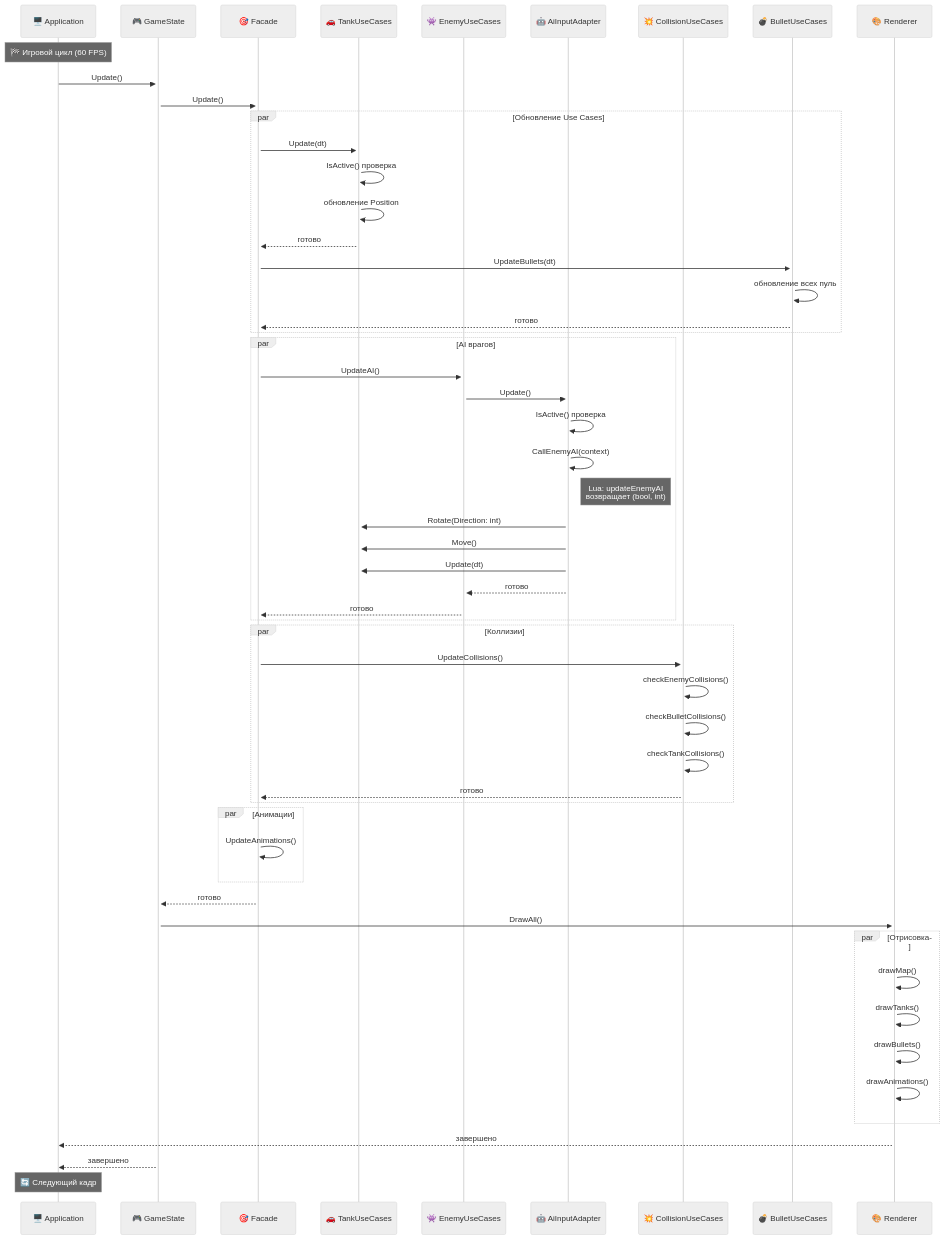
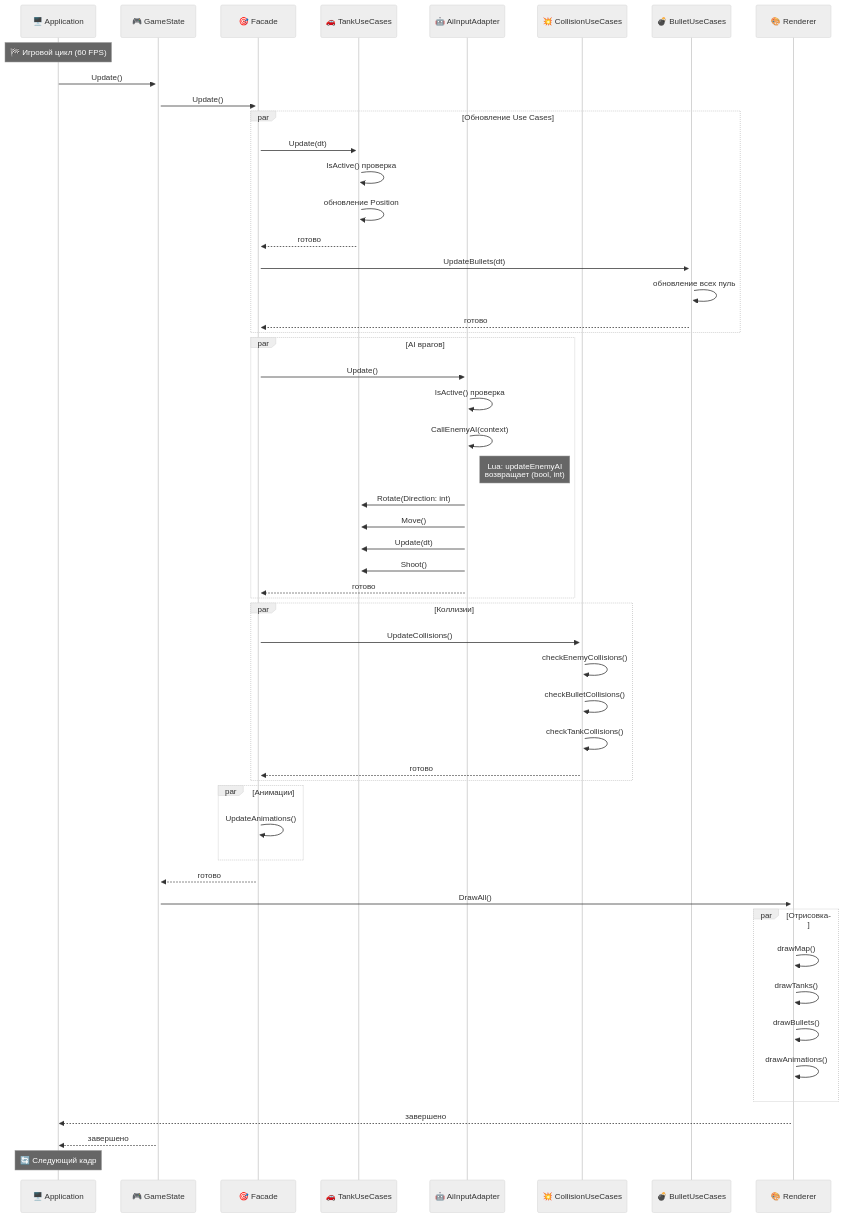
The third of 3 diagrams in README.md (shpaker/tnk9x), drawn with Mermaid (neutral theme) before and after one commit. The commit also changed other lines of this file and 11 other files, not shown here.

````diff
--- a/README.md
+++ b/README.md
@@ -252,68 +238,66 @@
 ```mermaid
 sequenceDiagram
     participant App as 🖥️ Application
     participant State as 🎮 GameState
     participant Facade as 🎯 Facade
     participant Tank as 🚗 TankUseCases
-    participant Enemy as 👾 EnemyUseCases
     participant AI as 🤖 AiInputAdapter
     participant Collision as 💥 CollisionUseCases
     participant Bullet as 💣 BulletUseCases
     participant Render as 🎨 Renderer
     
     Note over App: 🏁 Игровой цикл (60 FPS)
     
     App->>+State: Update()
     State->>+Facade: Update()
     
     par Обновление Use Cases
         Facade->>+Tank: Update(dt)
         Tank->>Tank: IsActive() проверка
         Tank->>Tank: обновление Position
         Tank-->>Facade: готово
         
         Facade->>+Bullet: UpdateBullets(dt)
         Bullet->>Bullet: обновление всех пуль
         Bullet-->>Facade: готово
     end
     
     par AI врагов
-        Facade->>+Enemy: UpdateAI()
-        Enemy->>+AI: Update()
+        Facade->>+AI: Update()
         
         AI->>AI: IsActive() проверка
         AI->>AI: CallEnemyAI(context)
         Note right of AI: Lua: updateEnemyAI<br/>возвращает (bool, int)
         AI->>Tank: Rotate(Direction: int)
         AI->>Tank: Move()
         AI->>Tank: Update(dt)
-        AI-->>Enemy: готово
-        Enemy-->>Facade: готово
+        AI->>Tank: Shoot()
+        AI-->>Facade: готово
     end
     
     par Коллизии
         Facade->>+Collision: UpdateCollisions()
         Collision->>Collision: checkEnemyCollisions()
         Collision->>Collision: checkBulletCollisions()
         Collision->>Collision: checkTankCollisions()
         Collision-->>Facade: готово
     end
     
     par Анимации
         Facade->>Facade: UpdateAnimations()
     end
     
     Facade-->>State: готово
     State->>+Render: DrawAll()
     
     par Отрисовка
         Render->>Render: drawMap()
         Render->>Render: drawTanks()
         Render->>Render: drawBullets()
         Render->>Render: drawAnimations()
     end
     
     Render-->>App: завершено
     State-->>App: завершено
     Note over App: 🔄 Следующий кадр
 ```
````
